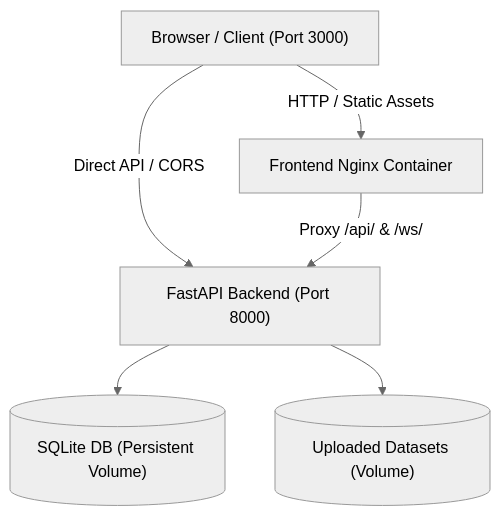
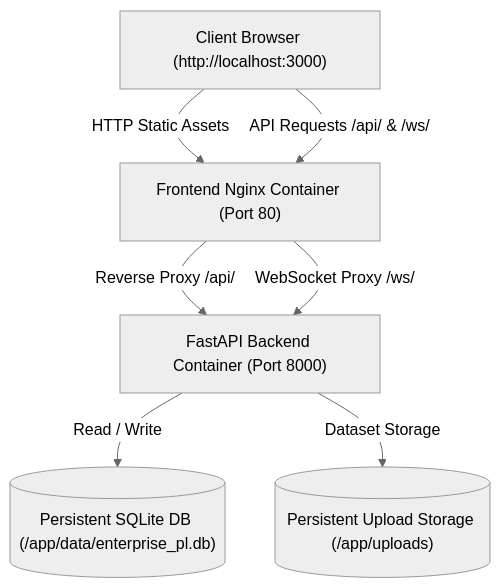
The diagram in README.md (RutvikWankhede/Unified-P-L-analysis-platform), drawn with Mermaid (neutral theme) before and after one commit. The commit also changed other lines of this file and 120 other files, not shown here.

````diff
--- a/README.md
+++ b/README.md
@@ -27,14 +15,15 @@
 ```mermaid
 graph TD
-    Client["Browser / Client (Port 3000)"]
-    Nginx["Frontend Nginx Container"]
-    FastAPI["FastAPI Backend (Port 8000)"]
-    SQLite[("SQLite DB (Persistent Volume)")]
-    Uploads[("Uploaded Datasets (Volume)")]
+    Browser["Client Browser (http://localhost:3000)"]
+    Nginx["Frontend Nginx Container (Port 80)"]
+    FastAPI["FastAPI Backend Container (Port 8000)"]
+    SQLite[("Persistent SQLite DB (/app/data/enterprise_pl.db)")]
+    Uploads[("Persistent Upload Storage (/app/uploads)")]
 
-    Client -->|HTTP / Static Assets| Nginx
-    Client -->|Direct API / CORS| FastAPI
-    Nginx -->|Proxy /api/ & /ws/| FastAPI
-    FastAPI --> SQLite
-    FastAPI --> Uploads
+    Browser -->|HTTP Static Assets| Nginx
+    Browser -->|API Requests /api/ & /ws/| Nginx
+    Nginx -->|Reverse Proxy /api/| FastAPI
+    Nginx -->|WebSocket Proxy /ws/| FastAPI
+    FastAPI -->|Read / Write| SQLite
+    FastAPI -->|Dataset Storage| Uploads
 ```
````
